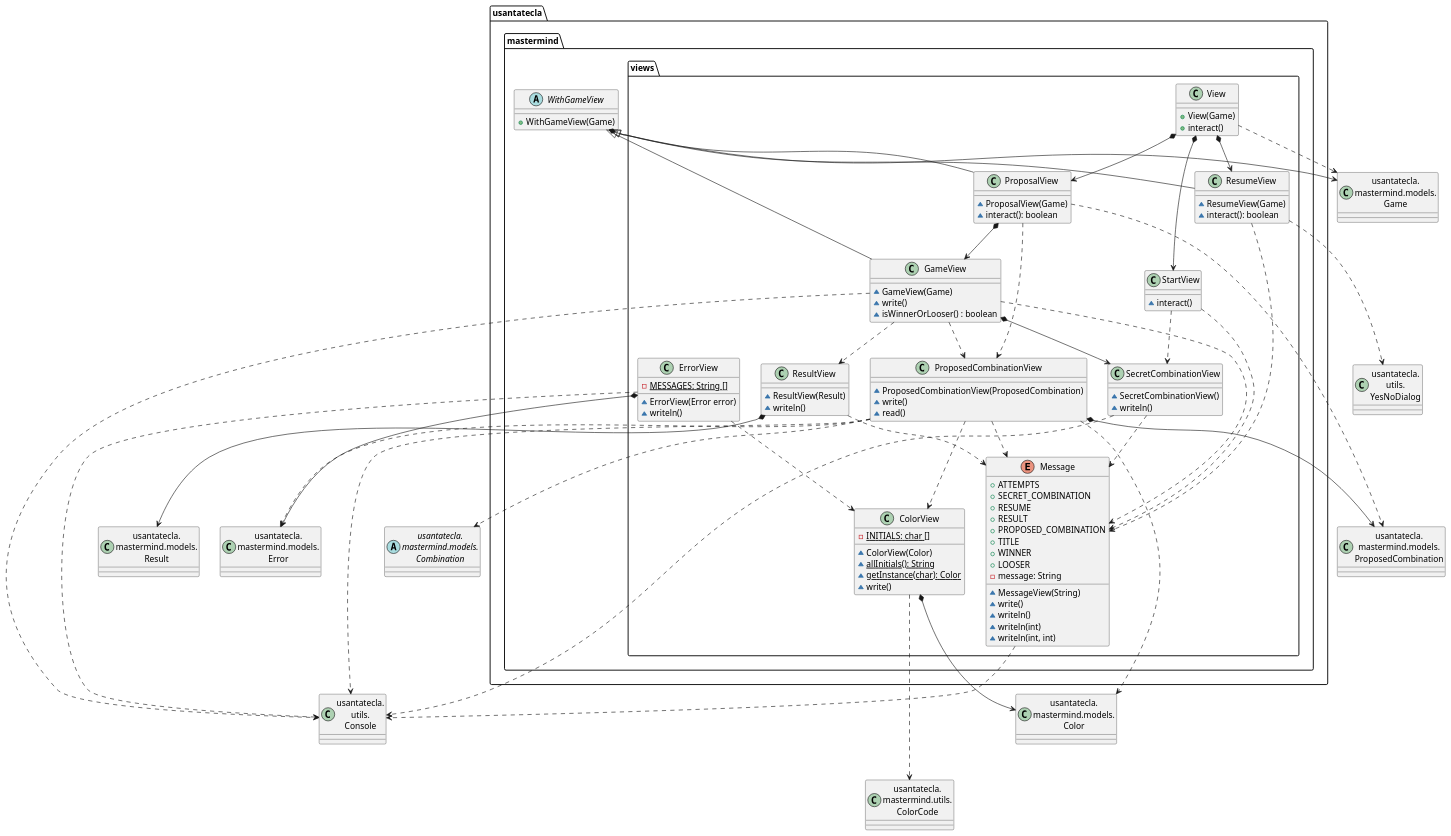
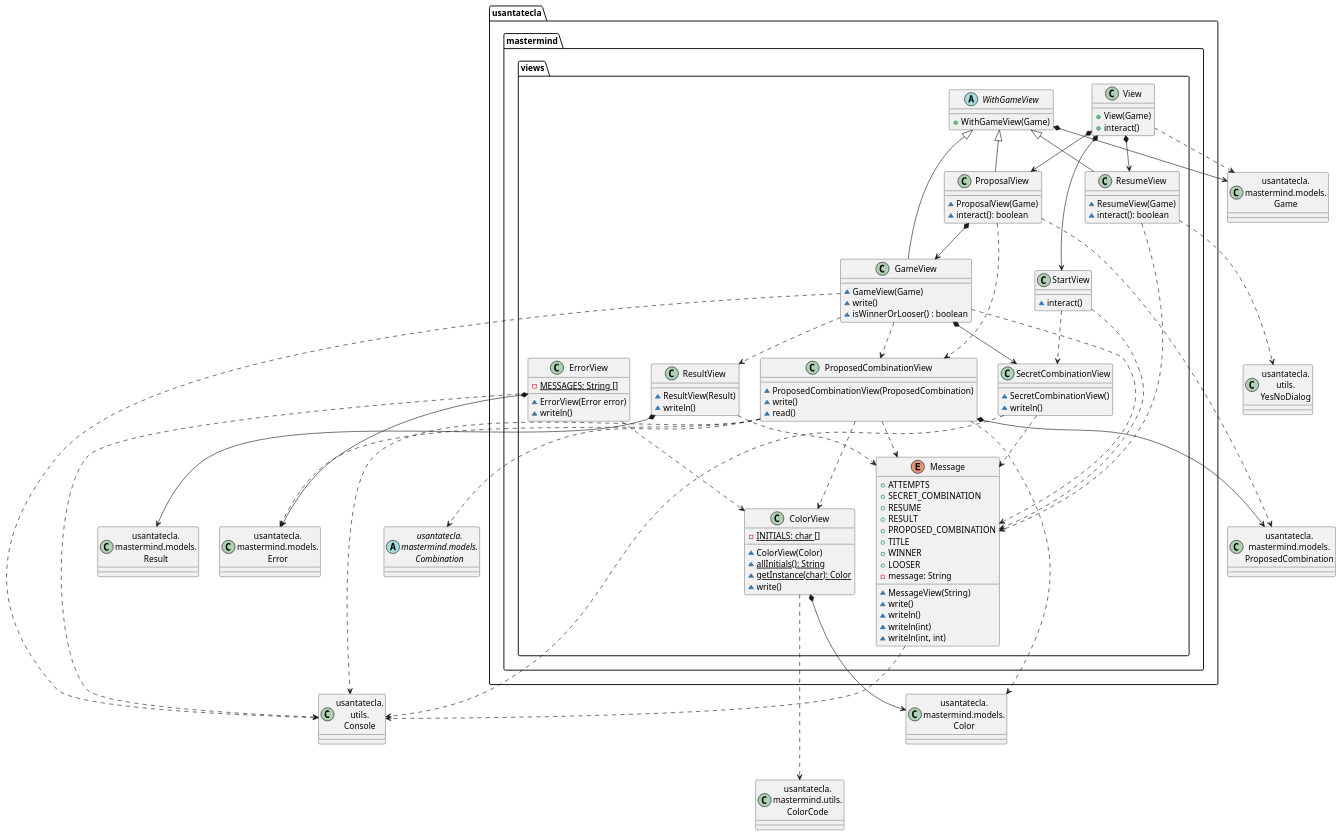
Before and after one commit to SantaTecla-mastermind/solution.java.swing.socket.sql: the second of 5 diagrams in documentView/console/docs/diagrams/src/paquetes.plantuml, drawn with PlantUML. The commit also changed other lines of this file and 44 other files, not shown here.

Commit message:
Some refactor in previous versions. Fixed code + diagrams in withFacade + implemented WithLogicView

```diff
--- a/documentView/console/docs/diagrams/src/paquetes.plantuml
+++ b/documentView/console/docs/diagrams/src/paquetes.plantuml
@@ -15,124 +15,124 @@
 @startuml usantatecla.mastermind.views
 class ColorCode as "usantatecla.\nmastermind.utils.\nColorCode"
 class Error as "usantatecla.\nmastermind.models.\nError"
 class Color as "usantatecla.\nmastermind.models.\nColor"
 abstract class Combination as "usantatecla.\nmastermind.models.\nCombination"
 class ProposedCombination as "usantatecla.\nmastermind.models.\nProposedCombination"
 class Result as "usantatecla.\nmastermind.models.\nResult"
 class Game as "usantatecla.\nmastermind.models.\nGame"
 class YesNoDialog as "usantatecla.\nutils.\nYesNoDialog"
 class Console as "usantatecla.\nutils.\nConsole"
 
-abstract class usantatecla.mastermind.WithGameView {
+abstract class usantatecla.mastermind.views.WithGameView {
     + WithGameView(Game)
 }
-usantatecla.mastermind.WithGameView *-down-> Game
+usantatecla.mastermind.views.WithGameView *-down-> Game
 
 class usantatecla.mastermind.views.ColorView{
     - {static} INITIALS: char []
     ~ ColorView(Color)
     ~ {static} allInitials(): String
     ~ {static} getInstance(char): Color
     ~ write()
 }
 usantatecla.mastermind.views.ColorView -down..> ColorCode
 usantatecla.mastermind.views.ColorView *-down-> Color
 
 class usantatecla.mastermind.views.ErrorView{
     - {static} MESSAGES: String []
     ~ ErrorView(Error error)
     ~ writeln()
 }
 usantatecla.mastermind.views.ErrorView *-down-> Error
 usantatecla.mastermind.views.ErrorView ..> usantatecla.mastermind.views.ColorView
 usantatecla.mastermind.views.ErrorView ..> Console
 
 class usantatecla.mastermind.views.GameView {
     ~ GameView(Game)
     ~ write()
     ~ isWinnerOrLooser() : boolean
 }
-usantatecla.mastermind.views.GameView -up-|> usantatecla.mastermind.WithGameView
+usantatecla.mastermind.views.GameView -up-|> usantatecla.mastermind.views.WithGameView
 usantatecla.mastermind.views.GameView *-down-> usantatecla.mastermind.views.SecretCombinationView
 usantatecla.mastermind.views.GameView ..> usantatecla.mastermind.views.Message
 usantatecla.mastermind.views.GameView ..> usantatecla.mastermind.views.ProposedCombinationView
 usantatecla.mastermind.views.GameView ..> usantatecla.mastermind.views.ResultView
 usantatecla.mastermind.views.GameView ..> Console
 
 enum usantatecla.mastermind.views.Message{
     + ATTEMPTS
     + SECRET_COMBINATION
     + RESUME
     + RESULT
     + PROPOSED_COMBINATION
     + TITLE
     + WINNER
     + LOOSER
     - message: String
     ~ MessageView(String)
     ~ write()
     ~ writeln()
     ~ writeln(int)
     ~ writeln(int, int)
 }
 usantatecla.mastermind.views.Message ..> Console
 
 class usantatecla.mastermind.views.ProposalView {
     ~ ProposalView(Game)
     ~ interact(): boolean
 }
-usantatecla.mastermind.views.ProposalView -up-|> usantatecla.mastermind.WithGameView
+usantatecla.mastermind.views.ProposalView -up-|> usantatecla.mastermind.views.WithGameView
 usantatecla.mastermind.views.ProposalView *-down-> usantatecla.mastermind.views.GameView
 usantatecla.mastermind.views.ProposalView -down..> ProposedCombination
 usantatecla.mastermind.views.ProposalView ..> usantatecla.mastermind.views.ProposedCombinationView
 
 class usantatecla.mastermind.views.ProposedCombinationView {
     ~ ProposedCombinationView(ProposedCombination)
     ~ write()
     ~ read()
 }
 usantatecla.mastermind.views.ProposedCombinationView *-down-> ProposedCombination
 usantatecla.mastermind.views.ProposedCombinationView ..> usantatecla.mastermind.views.Message
 usantatecla.mastermind.views.ProposedCombinationView ..> usantatecla.mastermind.views.ColorView
 usantatecla.mastermind.views.ProposedCombinationView ..> Combination
 usantatecla.mastermind.views.ProposedCombinationView ..> Error
 usantatecla.mastermind.views.ProposedCombinationView ..> Color
 usantatecla.mastermind.views.ProposedCombinationView ..> Console
 
 class usantatecla.mastermind.views.ResultView {
     ~ ResultView(Result)
     ~ writeln()
 }
 usantatecla.mastermind.views.ResultView *-down-> Result
 usantatecla.mastermind.views.ResultView ..> usantatecla.mastermind.views.Message
 
 class usantatecla.mastermind.views.ResumeView {
     ~ ResumeView(Game)
     ~ interact(): boolean
 }
-usantatecla.mastermind.views.ResumeView -up-|> usantatecla.mastermind.WithGameView
+usantatecla.mastermind.views.ResumeView -up-|> usantatecla.mastermind.views.WithGameView
 usantatecla.mastermind.views.ResumeView -down..> YesNoDialog
 usantatecla.mastermind.views.ResumeView ..> usantatecla.mastermind.views.Message
 
 class usantatecla.mastermind.views.SecretCombinationView {
     ~ SecretCombinationView()
     ~ writeln()
 }
 usantatecla.mastermind.views.SecretCombinationView ..> usantatecla.mastermind.views.Message
 usantatecla.mastermind.views.SecretCombinationView ..> Console
 
 class usantatecla.mastermind.views.StartView {
     ~ interact()
 }
 usantatecla.mastermind.views.StartView..> usantatecla.mastermind.views.Message
 usantatecla.mastermind.views.StartView..> usantatecla.mastermind.views.SecretCombinationView
 
 class usantatecla.mastermind.views.View {
     + View(Game)
     + interact()
 }
 usantatecla.mastermind.views.View .down.> Game
 usantatecla.mastermind.views.View *-down-> usantatecla.mastermind.views.ProposalView
 usantatecla.mastermind.views.View *-down-> usantatecla.mastermind.views.StartView
 usantatecla.mastermind.views.View *-down-> usantatecla.mastermind.views.ResumeView
 @enduml
```
